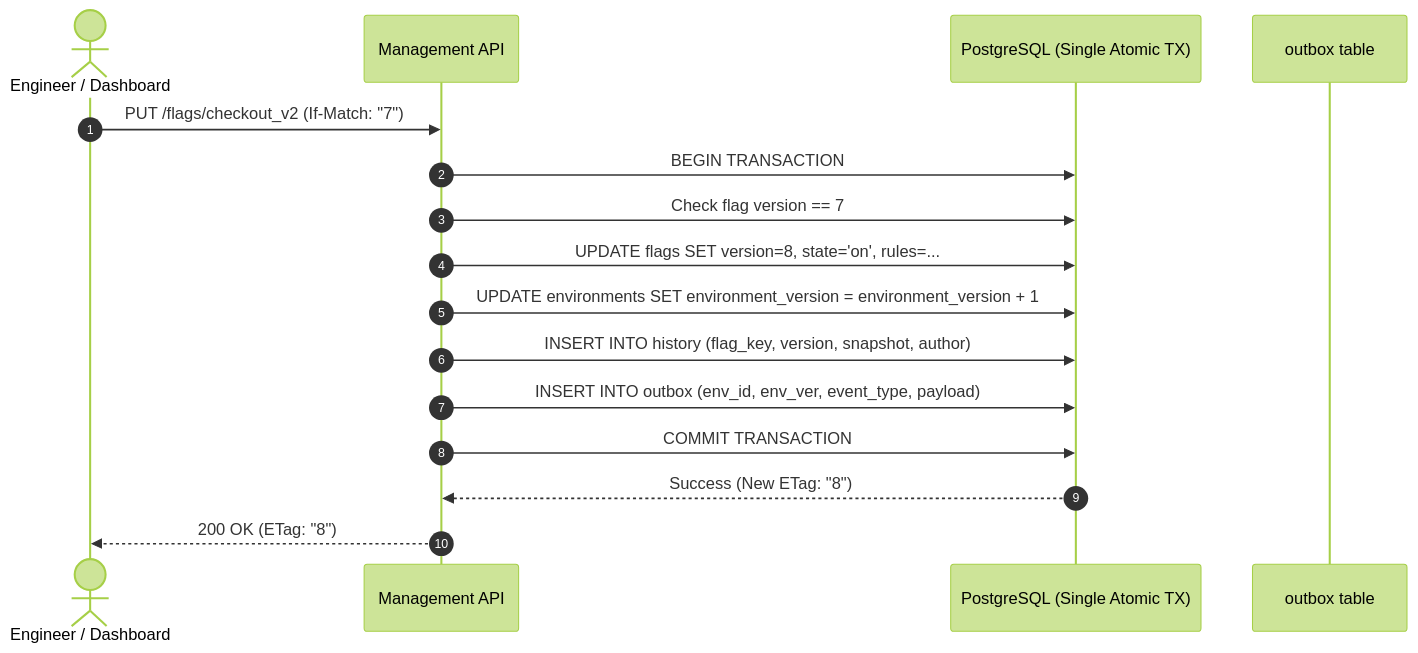
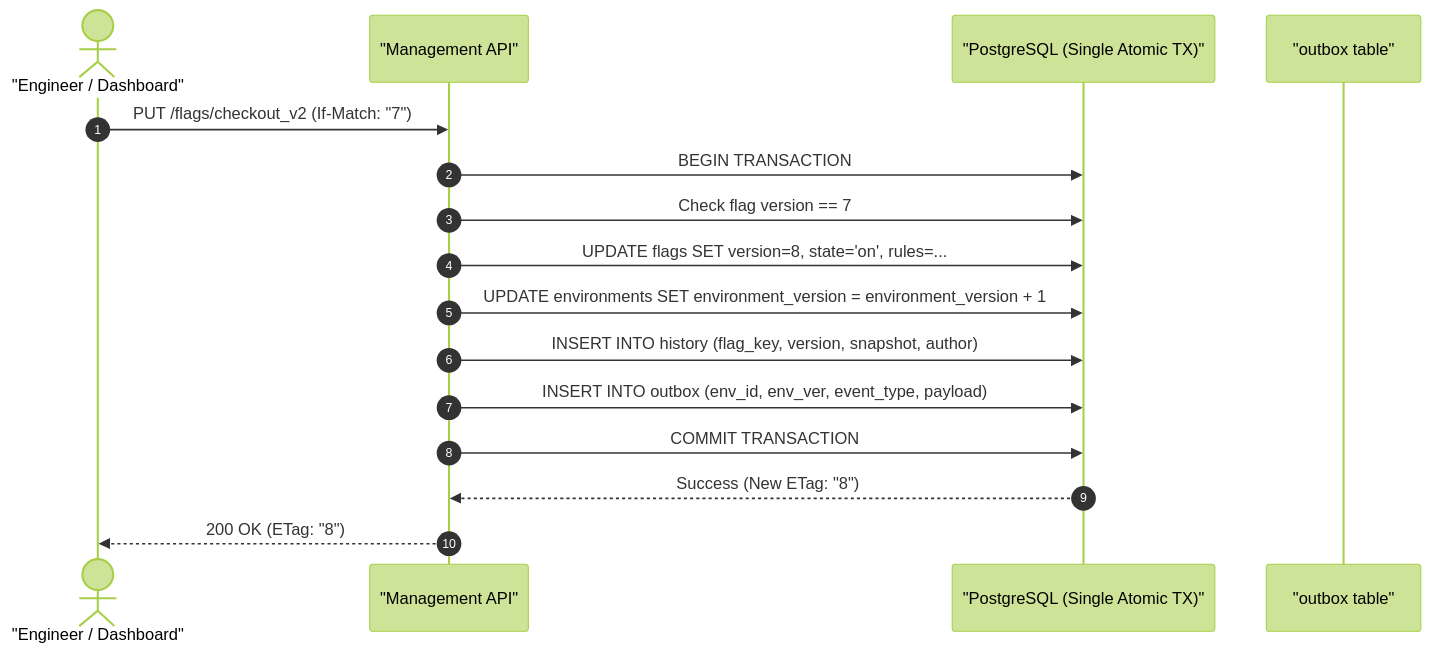
The diagram in component/01-management-api.md (arunap2509/feature-flag-service), drawn with Mermaid (forest theme) before and after one commit. The commit also changed other lines of this file and 8 other files, not shown here.

Commit message:
docs: fix mermaid diagram syntax and clean up LaTeX math formatting for GitHub compatibility

````diff
--- a/component/01-management-api.md
+++ b/component/01-management-api.md
@@ -9,19 +9,19 @@
 ```mermaid
 sequenceDiagram
     autonumber
-    actor Admin as Engineer / Dashboard
-    participant API as Management API
-    participant DB as PostgreSQL (Single Atomic TX)
-    participant Outbox as outbox table
+    actor Admin as "Engineer / Dashboard"
+    participant API as "Management API"
+    participant DB as "PostgreSQL (Single Atomic TX)"
+    participant Outbox as "outbox table"
     
     Admin->>API: PUT /flags/checkout_v2 (If-Match: "7")
     API->>DB: BEGIN TRANSACTION
     API->>DB: Check flag version == 7
     API->>DB: UPDATE flags SET version=8, state='on', rules=...
     API->>DB: UPDATE environments SET environment_version = environment_version + 1
     API->>DB: INSERT INTO history (flag_key, version, snapshot, author)
     API->>DB: INSERT INTO outbox (env_id, env_ver, event_type, payload)
     API->>DB: COMMIT TRANSACTION
     DB-->>API: Success (New ETag: "8")
     API-->>Admin: 200 OK (ETag: "8")
 ```
````
